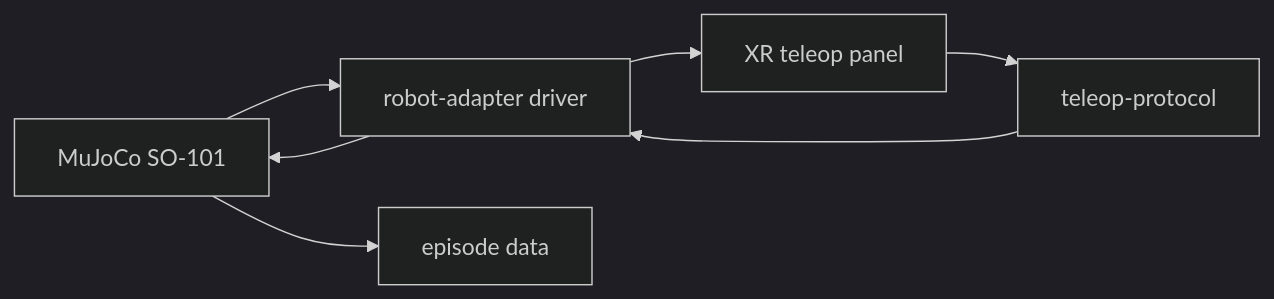
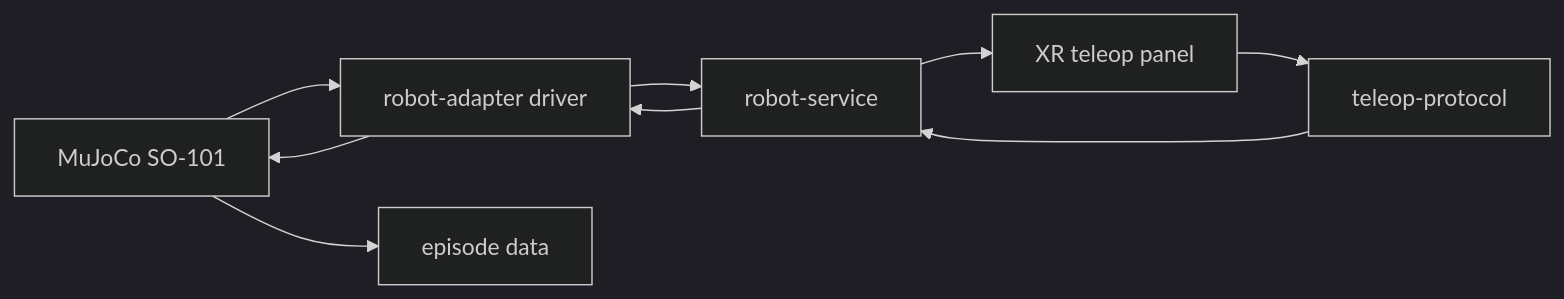
One commit to lovemoon-ai/operator changed the sixth of 6 diagrams in README.md. Above: the diagram before and after it, drawn with Mermaid (dark theme). The commit also changed other lines of this file and 26 other files, not shown here.

Commit message:
Add robot service and dual SO101 teleop

````diff
--- a/README.md
+++ b/README.md
@@ -155,12 +158,13 @@
 ```mermaid
 flowchart LR
   Sim["MuJoCo SO-101"]
+  Service["robot-service"]
   Adapter["robot-adapter driver"]
   Protocol["teleop-protocol"]
   XR["XR teleop panel"]
   Dataset["episode data"]
 
-  XR --> Protocol --> Adapter --> Sim
-  Sim --> Adapter --> XR
+  XR --> Protocol --> Service --> Adapter --> Sim
+  Sim --> Adapter --> Service --> XR
   Sim --> Dataset
 ```
````
